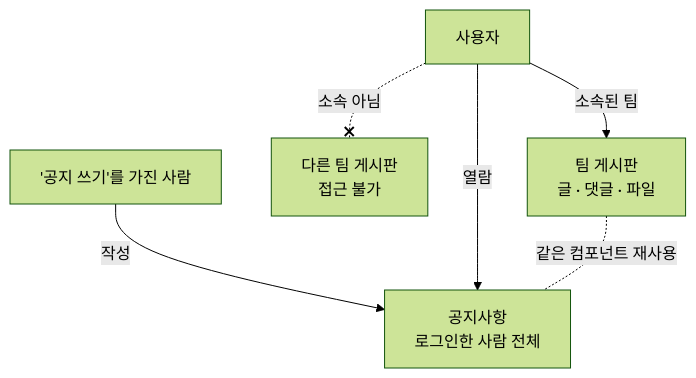
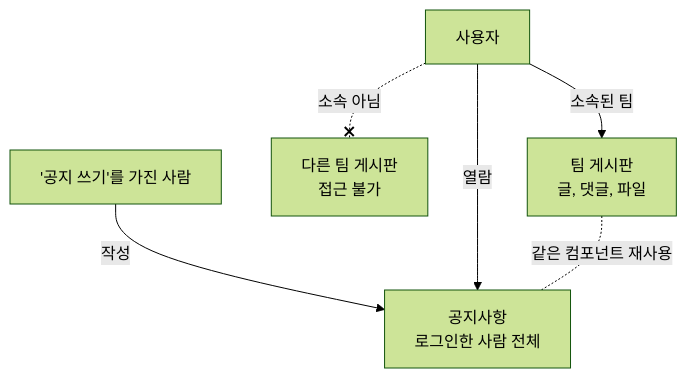
One commit to minkong-dev/Banblit changed the first of 2 diagrams in .cluedoc/boards/boards.md. Above: the diagram before and after it, drawn with Mermaid (forest theme). The commit also changed other lines of this file and 21 other files, not shown here.

````diff
--- a/.cluedoc/boards/boards.md
+++ b/.cluedoc/boards/boards.md
@@ -25,8 +23,8 @@
 ```mermaid
 flowchart TD
-    U[사용자] -->|소속된 팀| TB[팀 게시판<br/>글 · 댓글 · 파일]
+    U[사용자] -->|소속된 팀| TB[팀 게시판<br/>글, 댓글, 파일]
     U -.소속 아님.-x OB[다른 팀 게시판<br/>접근 불가]
     HM["'공지 쓰기'를 가진 사람"] -->|작성| N[공지사항<br/>로그인한 사람 전체]
     U -->|열람| N
     TB -. 같은 컴포넌트 재사용 .- N
 ```
````
